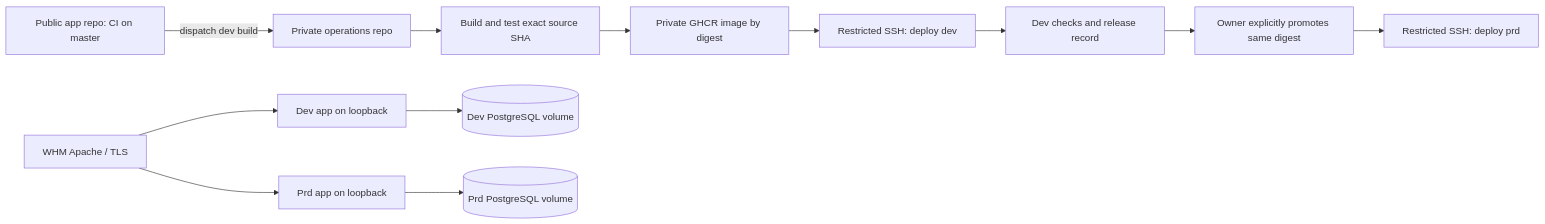
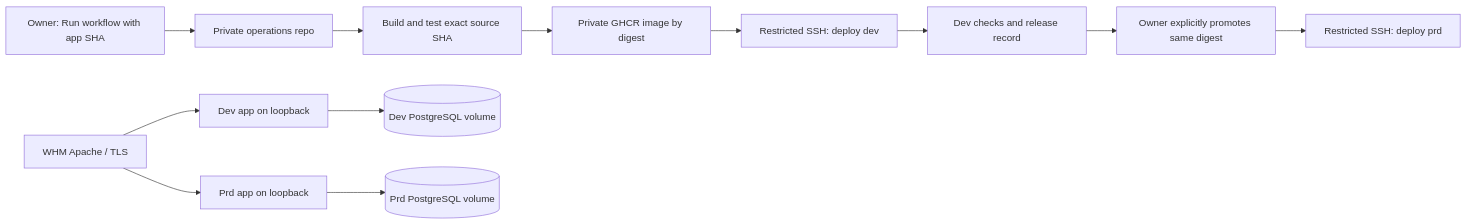
The diagram in hosting_plan.md (Naphier/sightreading.training), drawn with Mermaid before and after one commit. The commit also changed other lines of this file and 1 other file, not shown here.

Commit message:
Document manual private-repo dev and production deployment implementation

````diff
--- a/hosting_plan.md
+++ b/hosting_plan.md
@@ -18,14 +22,14 @@
 ```mermaid
 flowchart LR
-    S[Public app repo: CI on master] -->|dispatch dev build| O[Private operations repo]
+    S[Owner: Run workflow with app SHA] --> O[Private operations repo]
     O --> B[Build and test exact source SHA]
     B --> R[Private GHCR image by digest]
     R --> D[Restricted SSH: deploy dev]
     D --> T[Dev checks and release record]
     T --> A[Owner explicitly promotes same digest]
     A --> P[Restricted SSH: deploy prd]
     W[WHM Apache / TLS] --> DA[Dev app on loopback]
     W --> PA[Prd app on loopback]
     DA --> DD[(Dev PostgreSQL volume)]
     PA --> PD[(Prd PostgreSQL volume)]
 ```
````
